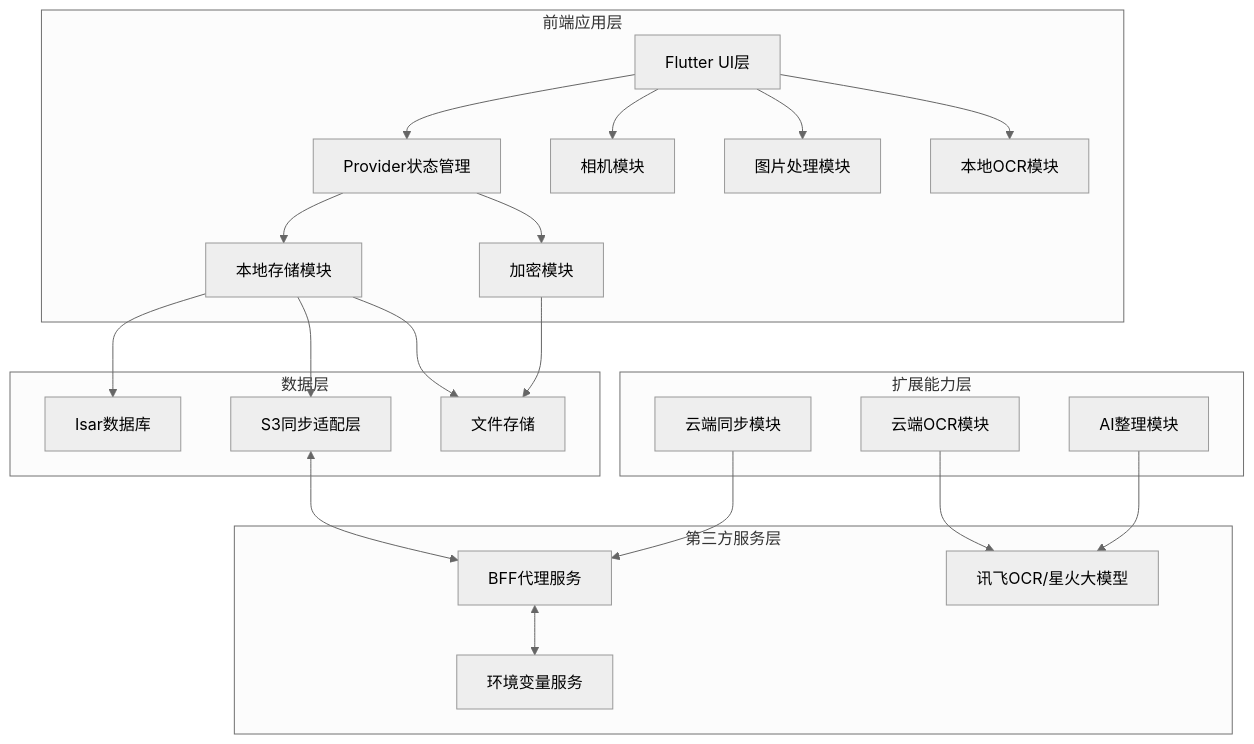
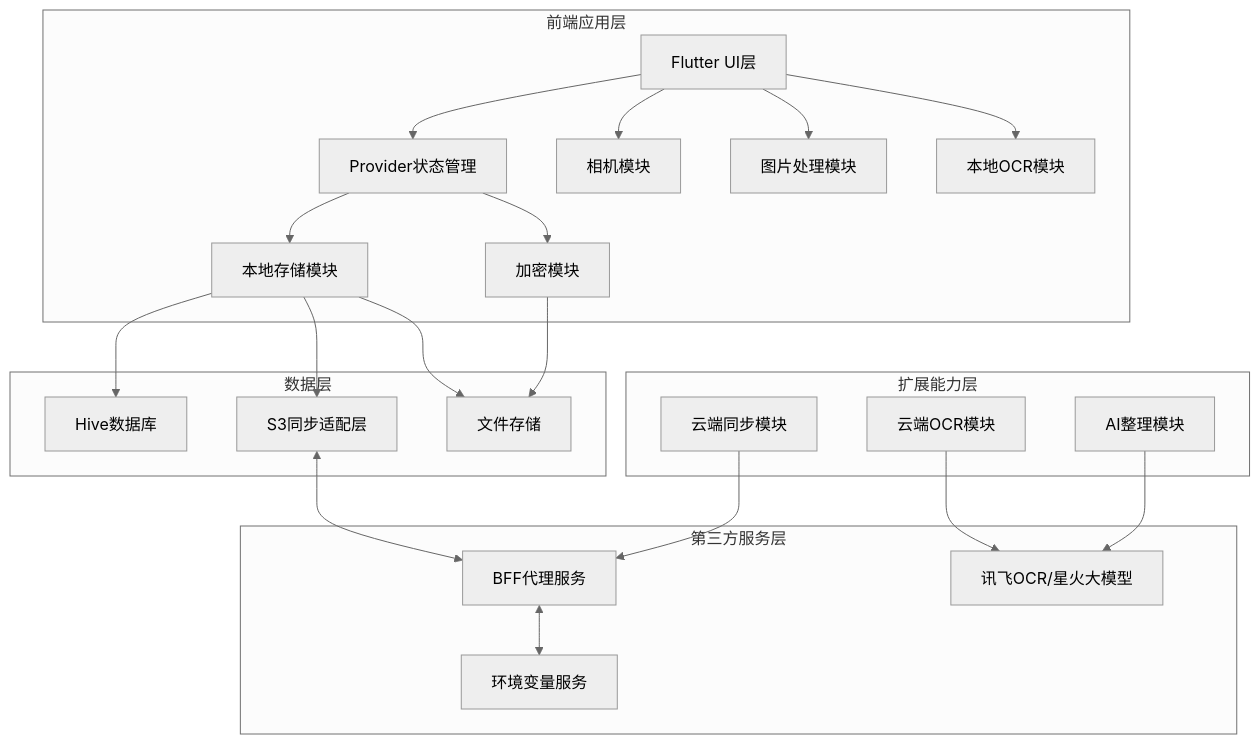
The first of 6 diagrams in .monkeycode/specs/ticket-vault/design.md (babydu/piaoju4.2), drawn with Mermaid (neutral theme) before and after one commit. The commit also changed other lines of this file and 2 other files, not shown here.

````diff
--- a/.monkeycode/specs/ticket-vault/design.md
+++ b/.monkeycode/specs/ticket-vault/design.md
@@ -35,48 +48,48 @@
 ```mermaid
 graph TB
     subgraph 前端应用层
         UI["Flutter UI层"]
         Provider["Provider状态管理"]
         Camera["相机模块"]
         ImageProc["图片处理模块"]
         OCR["本地OCR模块"]
         Storage["本地存储模块"]
         Crypto["加密模块"]
     end
 
     subgraph 扩展能力层
         CloudOCR["云端OCR模块"]
         AIService["AI整理模块"]
         CloudSync["云端同步模块"]
     end
 
     subgraph 数据层
-        IsarDB["Isar数据库"]
+        HiveDB["Hive数据库"]
         S3Adapter["S3同步适配层"]
         FileStorage["文件存储"]
     end
 
     subgraph 第三方服务层
         BFF["BFF代理服务"]
         EnvService["环境变量服务"]
         iFlytek["讯飞OCR/星火大模型"]
     end
 
     UI --> Provider
     Provider --> Storage
     Provider --> Crypto
     UI --> Camera
     UI --> ImageProc
     UI --> OCR
     
-    Storage --> IsarDB
+    Storage --> HiveDB
     Storage --> FileStorage
     Storage --> S3Adapter
     Crypto --> FileStorage
     
     S3Adapter <--> BFF
     CloudOCR --> iFlytek
     AIService --> iFlytek
     CloudSync --> BFF
     BFF <--> EnvService
 ```
````
